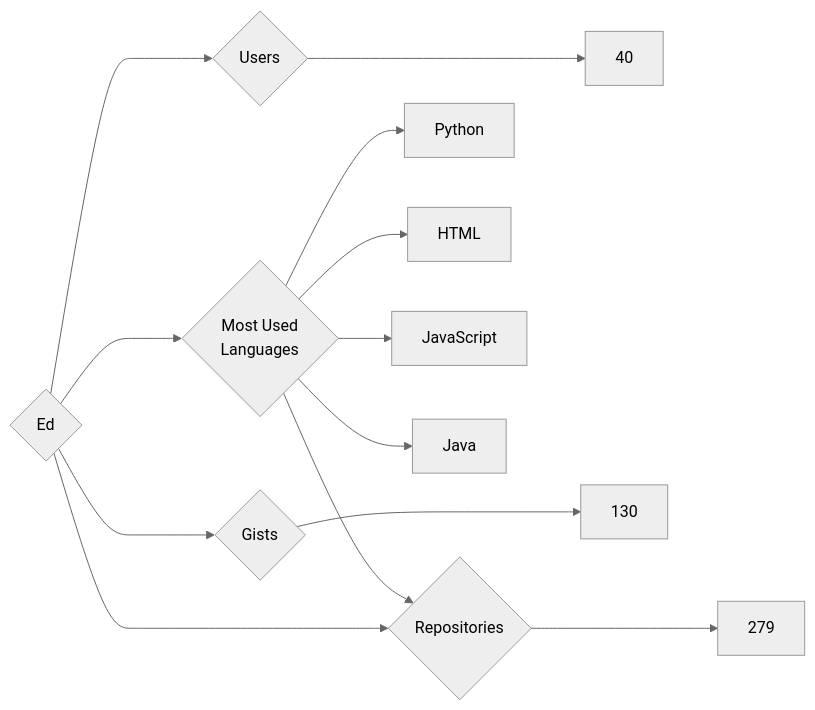
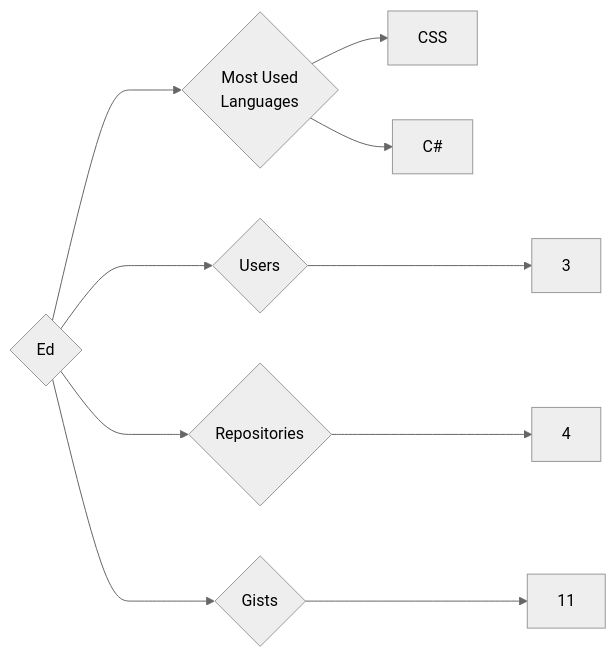
Before and after one commit to trickest/insiders: the diagram in targets/Ed/README.md, drawn with Mermaid (neutral theme). The commit also changed 951 other files, not shown here.

````diff
--- a/targets/Ed/README.md
+++ b/targets/Ed/README.md
@@ -3,13 +3,10 @@
 ```mermaid
 graph LR
 COMPANY_NAME{Ed}
-COMPANY_NAME ---> U{Users} ---> UN[40]
-COMPANY_NAME ---> R{Repositories} ---> RN[279]
-COMPANY_NAME ---> G{Gists} ---> GN[130]
+COMPANY_NAME ---> U{Users} ---> UN[3]
+COMPANY_NAME ---> R{Repositories} ---> RN[4]
+COMPANY_NAME ---> G{Gists} ---> GN[11]
 COMPANY_NAME ---> ML{Most Used<br>Languages}
-ML --> Python
-ML --> R
-ML --> HTML
-ML --> JavaScript
-ML --> Java
+ML --> CSS[CSS]
+ML --> C#[C#]
 ```
````
